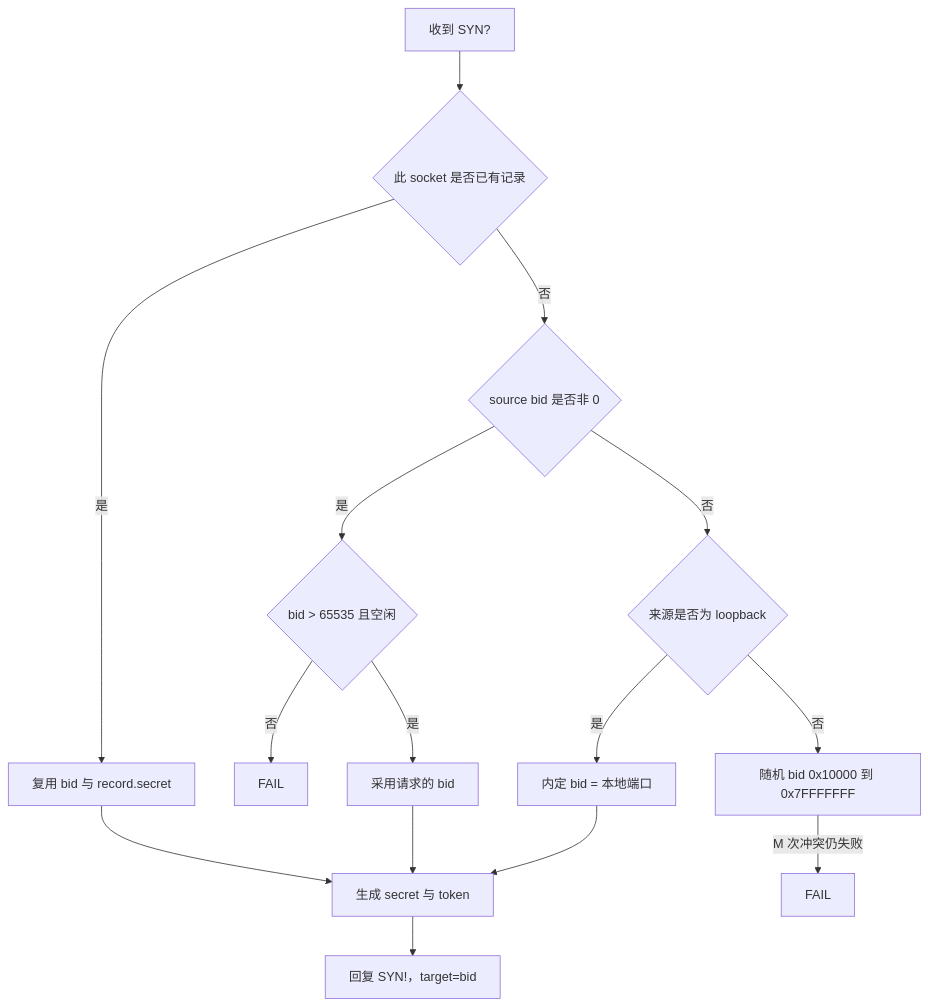
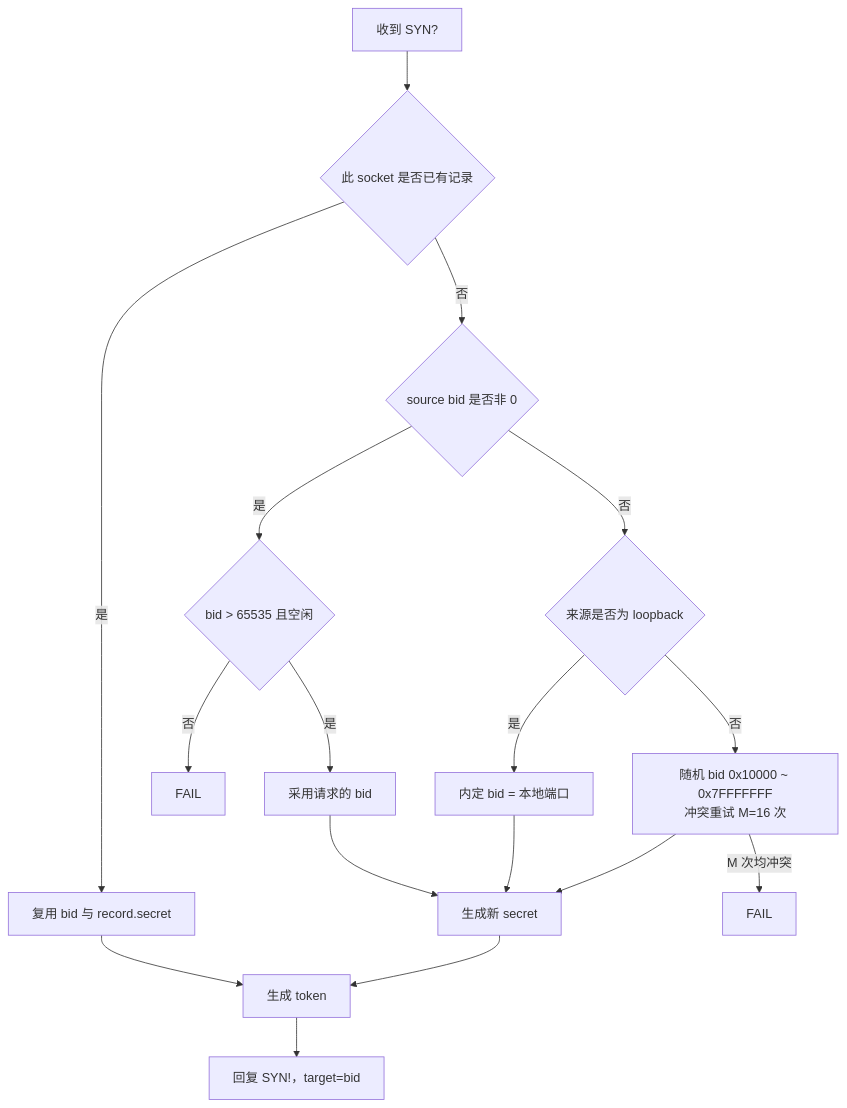
One commit to moky/magpie changed the second of 3 diagrams in docs/architecture.md. Above: the diagram before and after it, drawn with Mermaid. The commit also changed other lines of this file and 9 other files, not shown here.

````diff
--- a/docs/architecture.md
+++ b/docs/architecture.md
@@ -108,17 +108,18 @@
 ```mermaid
 flowchart TD
     Q["收到 SYN?"] --> R{"此 socket 是否已有记录"}
     R -->|"是"| Reuse["复用 bid 与 record.secret"]
     R -->|"否"| P{"source bid 是否非 0"}
     P -->|"是"| Reserve{"bid > 65535 且空闲"}
     Reserve -->|"否"| F1["FAIL"]
     Reserve -->|"是"| Use["采用请求的 bid"]
     P -->|"否"| L{"来源是否为 loopback"}
     L -->|"是"| Inner["内定 bid = 本地端口"]
-    L -->|"否"| Rand["随机 bid 0x10000 到 0x7FFFFFFF"]
-    Reuse --> T["生成 secret 与 token"]
-    Use --> T
-    Inner --> T
-    Rand -->|"M 次冲突仍失败"| F2["FAIL"]
+    L -->|"否"| Rand["随机 bid 0x10000 ~ 0x7FFFFFFF<br/>冲突重试 M=16 次"]
+    Reuse --> T["生成 token"]
+    Use --> NewSec["生成新 secret"] --> T
+    Inner --> NewSec
+    Rand --> NewSec
+    Rand -->|"M 次均冲突"| F2["FAIL"]
     T --> Reply["回复 SYN!，target=bid"]
 ```
````
